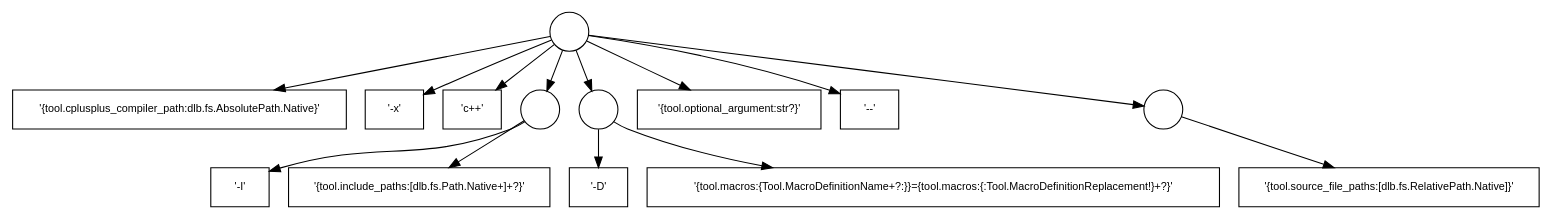
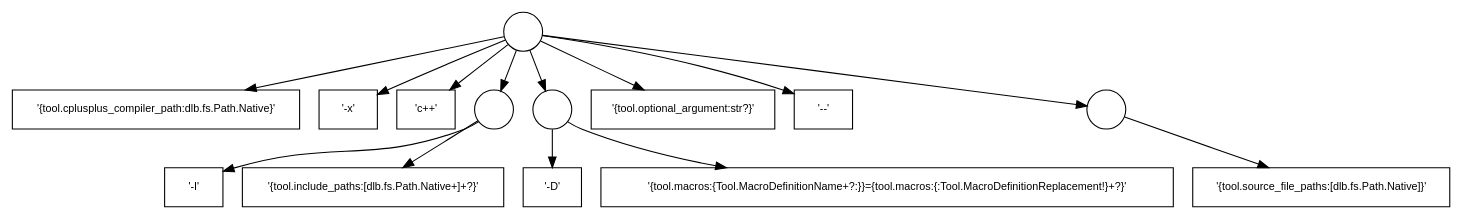
One commit to dlu-ch/dlb changed the first of 5 diagrams in doc/Tmpl.rst. Above: the diagram before and after it, drawn with Graphviz. The commit also changed other lines of this file and 1 other file, not shown here.

```diff
--- a/doc/Tmpl.rst
+++ b/doc/Tmpl.rst
@@ -42,28 +42,28 @@
         .. digraph:: template_example1_unexpanded
 
            graph [fontname=Helvetica, fontsize=10];
            node [fontname=Helvetica, fontsize=10, shape=rect, style=filled, fillcolor=white];
            edge [fontname=Helvetica, fontsize=10];
 
            root[shape=circle, label=""];
-           root -> "'{tool.cplusplus_compiler_path:dlb.fs.AbsolutePath.Native}'";
+           root -> "'{tool.cplusplus_compiler_path:dlb.fs.Path.Native}'";
            root -> "'-x'";
            root -> "'c++'";
 
            root -> group1;
            group1[shape=circle, label=""];
            group1 -> "'-I'";
            group1 -> "'{tool.include_paths:[dlb.fs.Path.Native+]+?}'";
 
            root -> group2;
 
            group2[shape=circle, label=""];
            group2 -> "'-D'";
            group2 -> "'{tool.macros:{Tool.MacroDefinitionName+?:}}={tool.macros:{:Tool.MacroDefinitionReplacement!}+?}'";
 
            root -> "'{tool.optional_argument:str?}'"
            root -> "'--'";
 
            root -> group3
            group3[shape=circle, label=""];
-           group3 -> "'{tool.source_file_paths:[dlb.fs.RelativePath.Native]}'";
+           group3 -> "'{tool.source_file_paths:[dlb.fs.Path.Native]}'";
```
